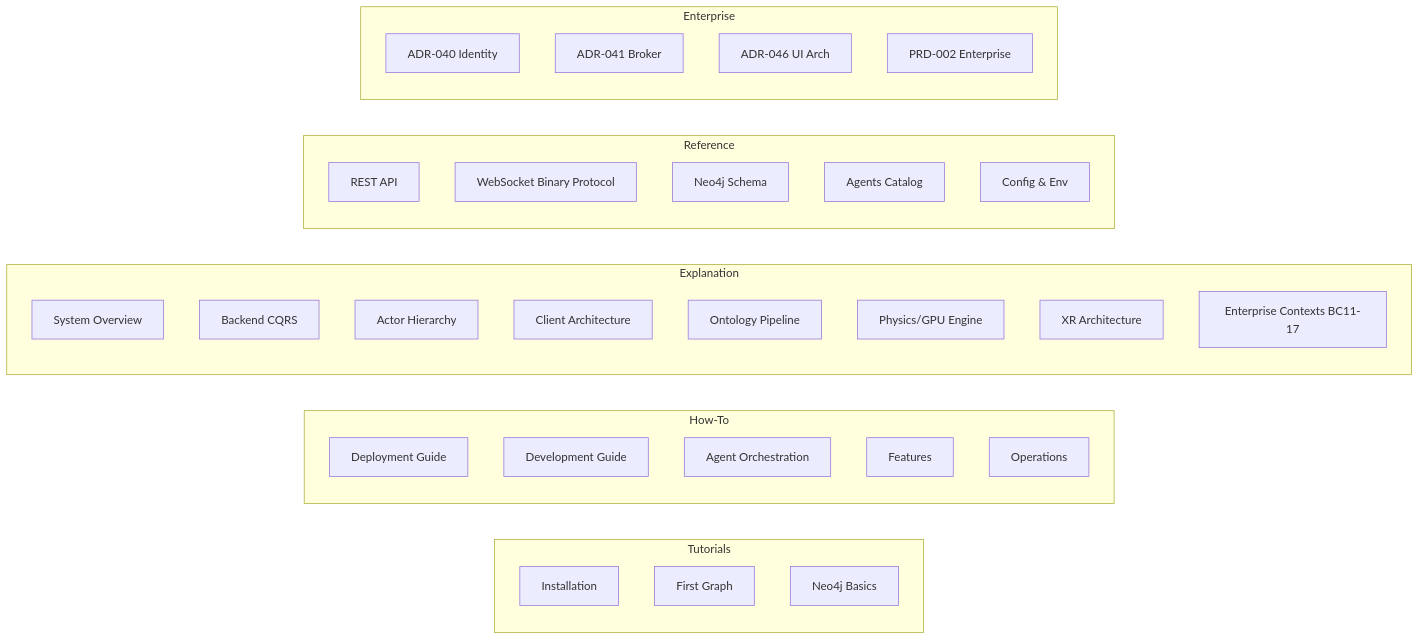
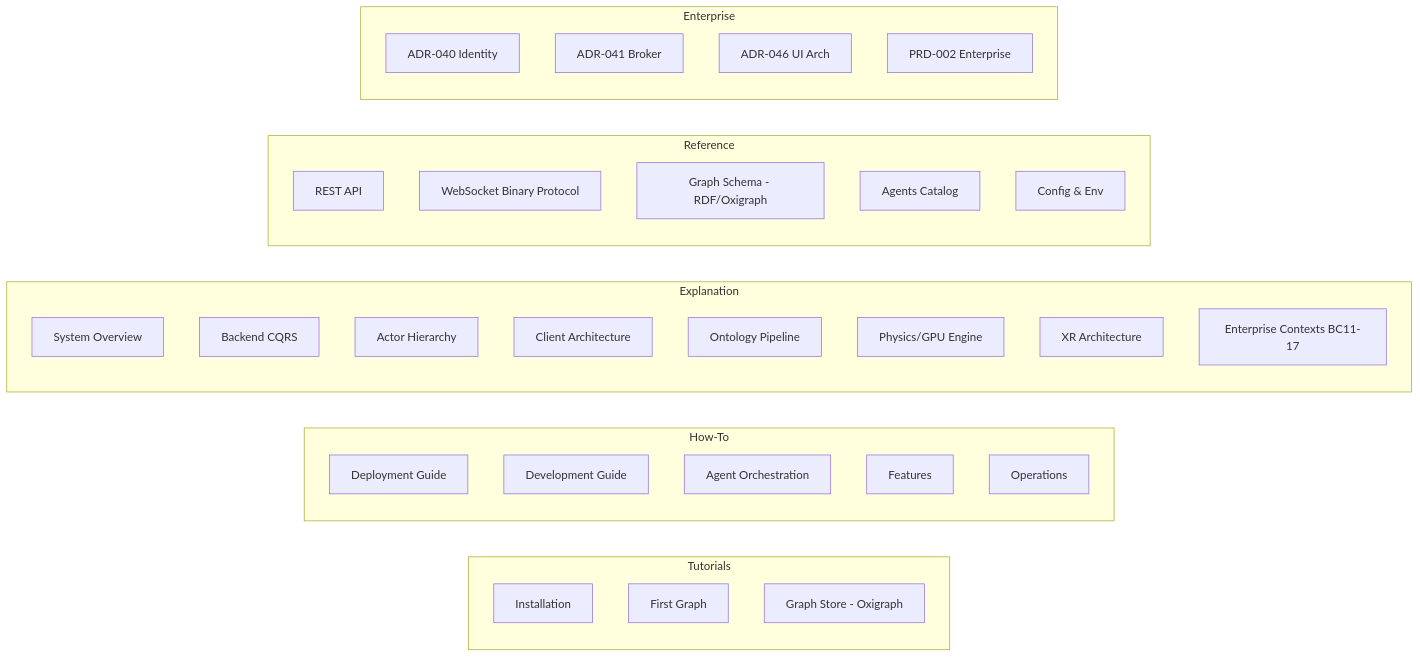
The diagram in docs/README.md (shaneholloman/logseq-spring-thing), drawn with Mermaid before and after one commit. The commit also changed other lines of this file and 58 other files, not shown here.

First line of the commit message:
docs: Neo4j→Oxigraph + webxr→visionclaw alignment, physics controls, health probes

````diff
--- a/docs/README.md
+++ b/docs/README.md
@@ -57,38 +57,38 @@
 ```mermaid
 graph LR
     subgraph "Tutorials"
         T1[Installation]
         T2[First Graph]
-        T3[Neo4j Basics]
+        T3[Graph Store - Oxigraph]
     end
     subgraph "How-To"
         H1[Deployment Guide]
         H2[Development Guide]
         H3[Agent Orchestration]
         H4[Features]
         H5[Operations]
     end
     subgraph "Explanation"
         E1[System Overview]
         E2[Backend CQRS]
         E3[Actor Hierarchy]
         E4[Client Architecture]
         E5[Ontology Pipeline]
         E6[Physics/GPU Engine]
         E7[XR Architecture]
         E8[Enterprise Contexts BC11-17]
     end
     subgraph "Reference"
         R1[REST API]
         R2[WebSocket Binary Protocol]
-        R3[Neo4j Schema]
+        R3[Graph Schema - RDF/Oxigraph]
         R4[Agents Catalog]
         R5[Config & Env]
     end
     subgraph "Enterprise"
         ADR40[ADR-040 Identity]
         ADR41[ADR-041 Broker]
         ADR46[ADR-046 UI Arch]
         PRD2[PRD-002 Enterprise]
     end
 ```
````
